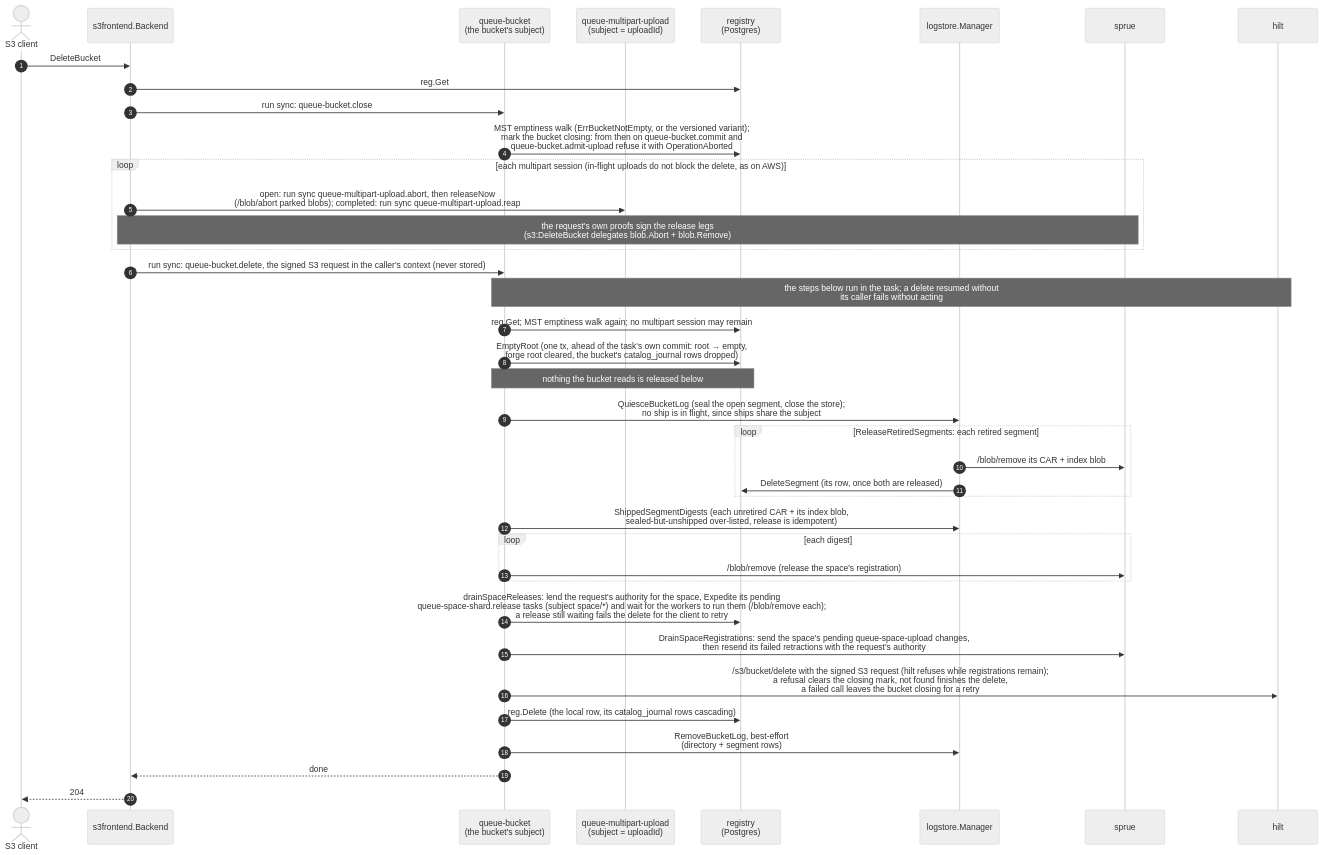
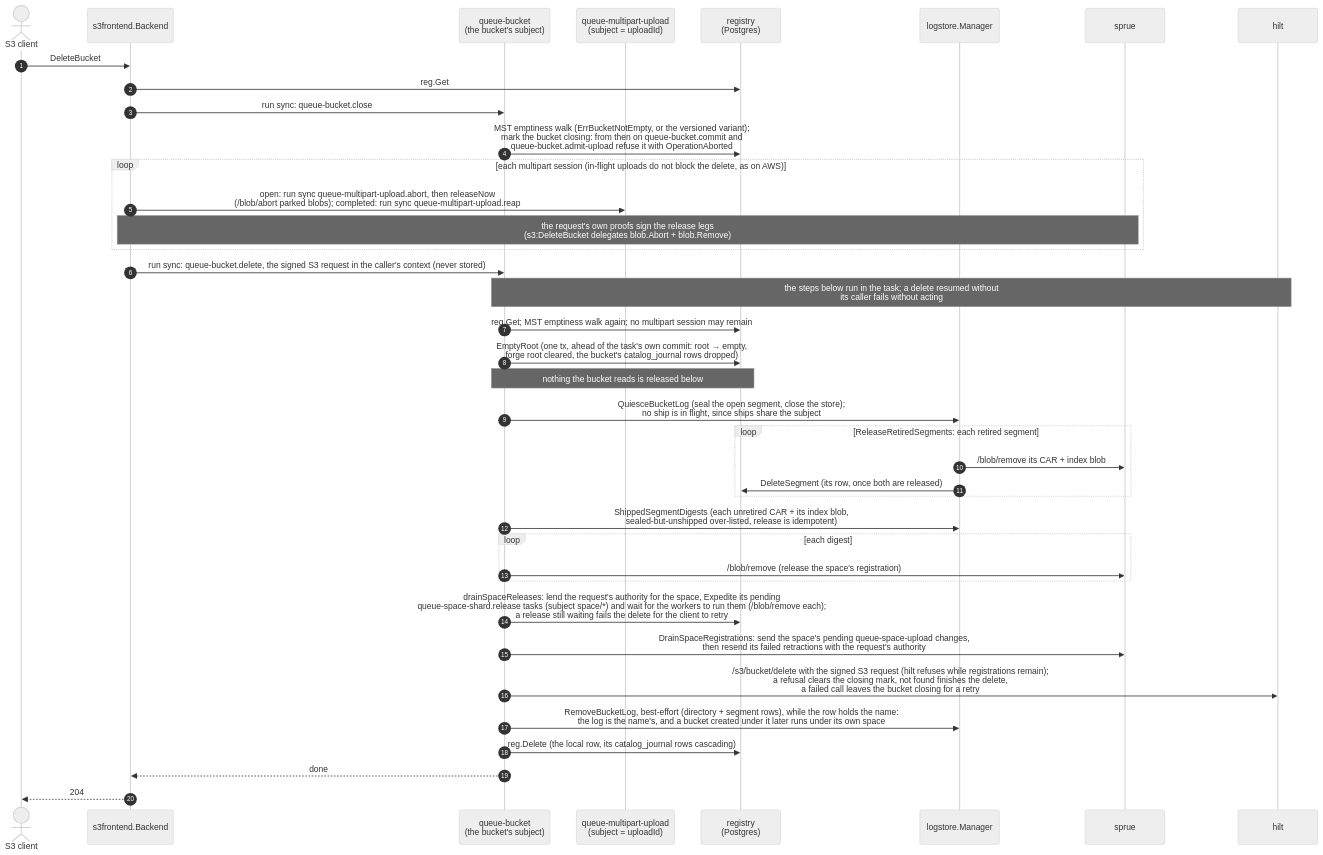
Before and after one commit to fil-forge/ingot: diagram 15 of 15 in docs/diagrams.md, drawn with Mermaid (neutral theme). The commit also changed other lines of this file and 29 other files, not shown here.

First line of the commit message:
refactor: accept each multipart blob under the blob's own subject (#362)

````diff
--- a/docs/diagrams.md
+++ b/docs/diagrams.md
@@ -1294,42 +1303,42 @@
 ```mermaid
 sequenceDiagram
     autonumber
     actor C as S3 client
     participant B as s3frontend.Backend
     participant Q as queue-bucket<br/>(the bucket's subject)
     participant M as queue-multipart-upload<br/>(subject = uploadId)
     participant R as registry<br/>(Postgres)
     participant L as logstore.Manager
     participant U as sprue
     participant H as hilt
 
     C->>B: DeleteBucket
     B->>R: reg.Get
     B->>Q: run sync: queue-bucket.close
     Q->>R: MST emptiness walk (ErrBucketNotEmpty, or the versioned variant)#59;<br/>mark the bucket closing: from then on queue-bucket.commit and<br/>queue-bucket.admit-upload refuse it with OperationAborted
     loop each multipart session (in-flight uploads do not block the delete, as on AWS)
         B->>M: open: run sync queue-multipart-upload.abort, then releaseNow<br/>(/blob/abort parked blobs)#59; completed: run sync queue-multipart-upload.reap
         Note over B,U: the request's own proofs sign the release legs<br/>(s3:DeleteBucket delegates blob.Abort + blob.Remove)
     end
     B->>Q: run sync: queue-bucket.delete, the signed S3 request in the caller's context (never stored)
     Note over Q,H: the steps below run in the task#59; a delete resumed without<br/>its caller fails without acting
     Q->>R: reg.Get#59; MST emptiness walk again#59; no multipart session may remain
     Q->>R: EmptyRoot (one tx, ahead of the task's own commit: root → empty,<br/>forge root cleared, the bucket's catalog_journal rows dropped)
     Note over Q,R: nothing the bucket reads is released below
     Q->>L: QuiesceBucketLog (seal the open segment, close the store)#59;<br/>no ship is in flight, since ships share the subject
     loop ReleaseRetiredSegments: each retired segment
         L->>U: /blob/remove its CAR + index blob
         L->>R: DeleteSegment (its row, once both are released)
     end
     Q->>L: ShippedSegmentDigests (each unretired CAR + its index blob,<br/>sealed-but-unshipped over-listed, release is idempotent)
     loop each digest
         Q->>U: /blob/remove (release the space's registration)
     end
     Q->>R: drainSpaceReleases: lend the request's authority for the space, Expedite its pending<br/>queue-space-shard.release tasks (subject space/*) and wait for the workers to run them (/blob/remove each)#59;<br/>a release still waiting fails the delete for the client to retry
     Q->>U: DrainSpaceRegistrations: send the space's pending queue-space-upload changes,<br/>then resend its failed retractions with the request's authority
     Q->>H: /s3/bucket/delete with the signed S3 request (hilt refuses while registrations remain)#59;<br/>a refusal clears the closing mark, not found finishes the delete,<br/>a failed call leaves the bucket closing for a retry
+    Q->>L: RemoveBucketLog, best-effort (directory + segment rows), while the row holds the name:<br/>the log is the name's, and a bucket created under it later runs under its own space
     Q->>R: reg.Delete (the local row, its catalog_journal rows cascading)
-    Q->>L: RemoveBucketLog, best-effort<br/>(directory + segment rows)
     Q-->>B: done
     B-->>C: 204
 ```
````
